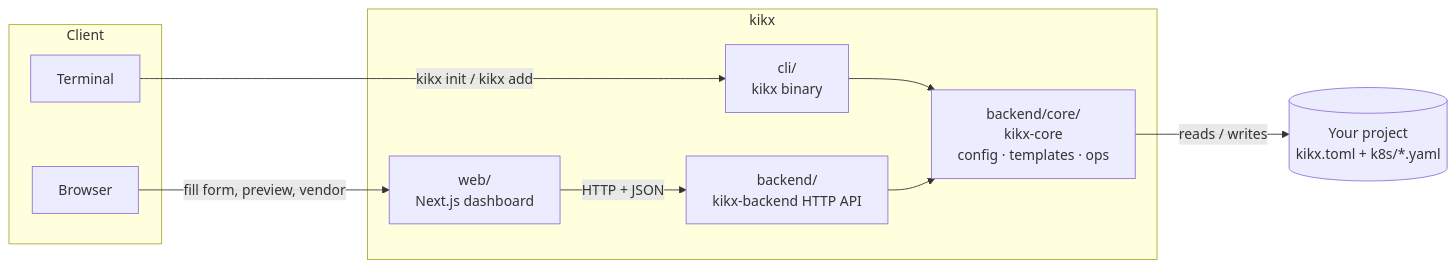
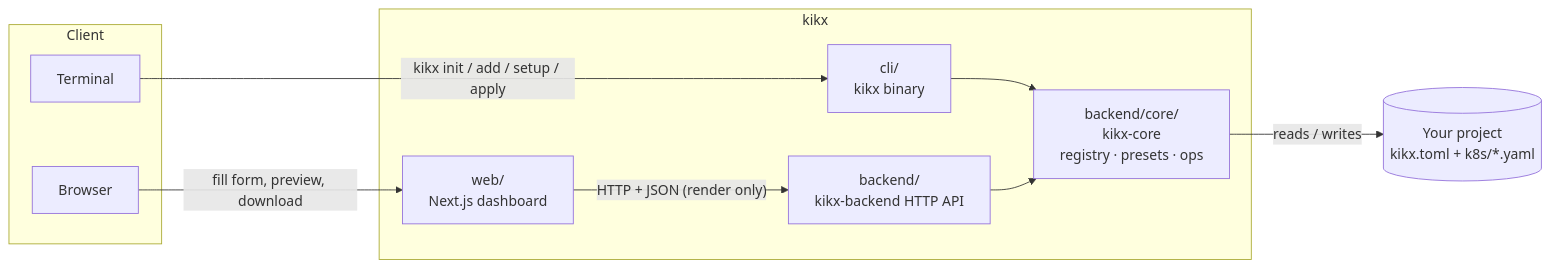
The diagram in README.md (yokwejuste/kikx), drawn with Mermaid before and after one commit. The commit also changed other lines of this file and 19 other files, not shown here.

````diff
--- a/README.md
+++ b/README.md
@@ -24,23 +143,23 @@
 ```mermaid
 flowchart LR
     subgraph Client
         Term["Terminal"]
         Browser["Browser"]
     end
 
     subgraph kikx
         CLI["cli/\nkikx binary"]
         Web["web/\nNext.js dashboard"]
         Backend["backend/\nkikx-backend HTTP API"]
-        Core["backend/core/\nkikx-core\nconfig · templates · ops"]
+        Core["backend/core/\nkikx-core\nregistry · presets · ops"]
     end
 
     Disk[("Your project\nkikx.toml + k8s/*.yaml")]
 
-    Term -- "kikx init / kikx add" --> CLI
-    Browser -- "fill form, preview, vendor" --> Web
-    Web -- "HTTP + JSON" --> Backend
+    Term -- "kikx init / add / setup / apply" --> CLI
+    Browser -- "fill form, preview, download" --> Web
+    Web -- "HTTP + JSON (render only)" --> Backend
     CLI --> Core
     Backend --> Core
     Core -- "reads / writes" --> Disk
 ```
````
